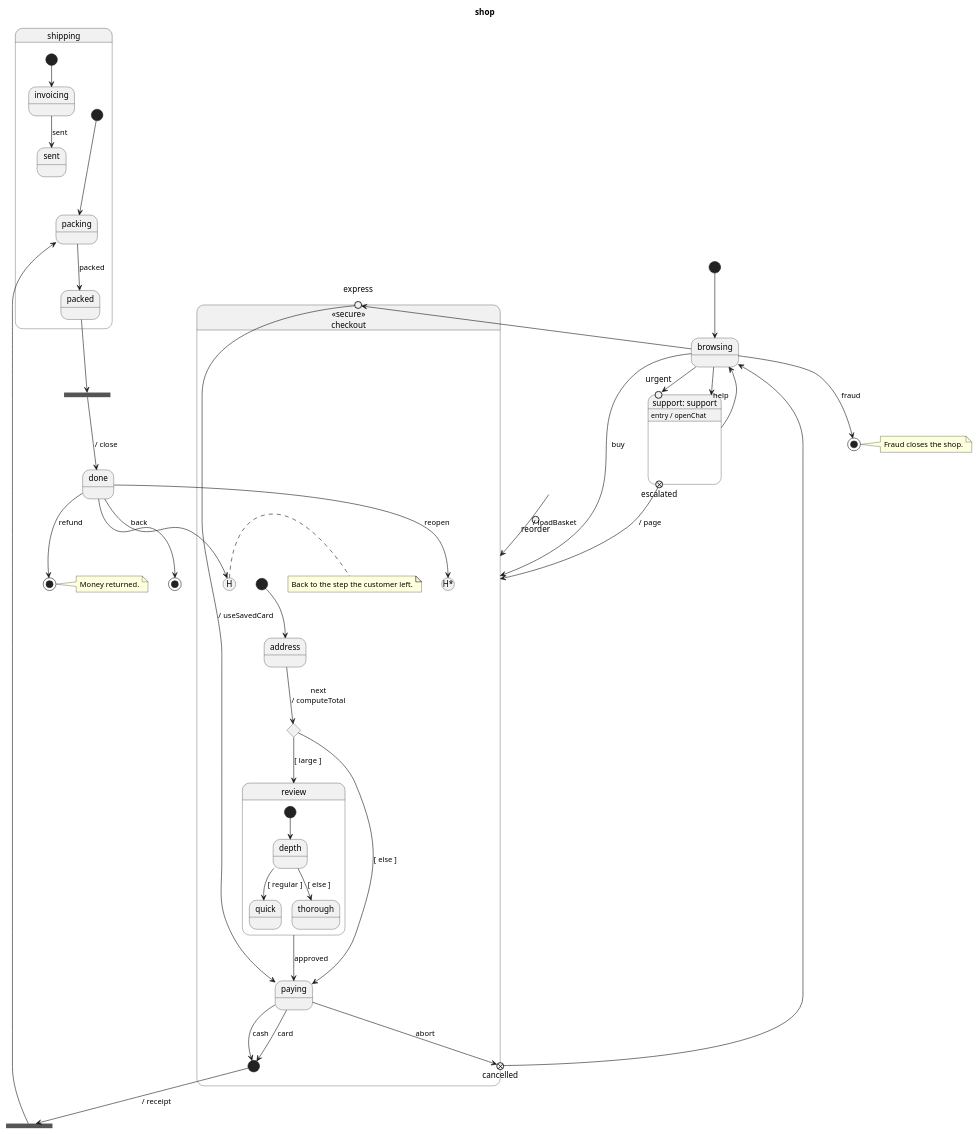
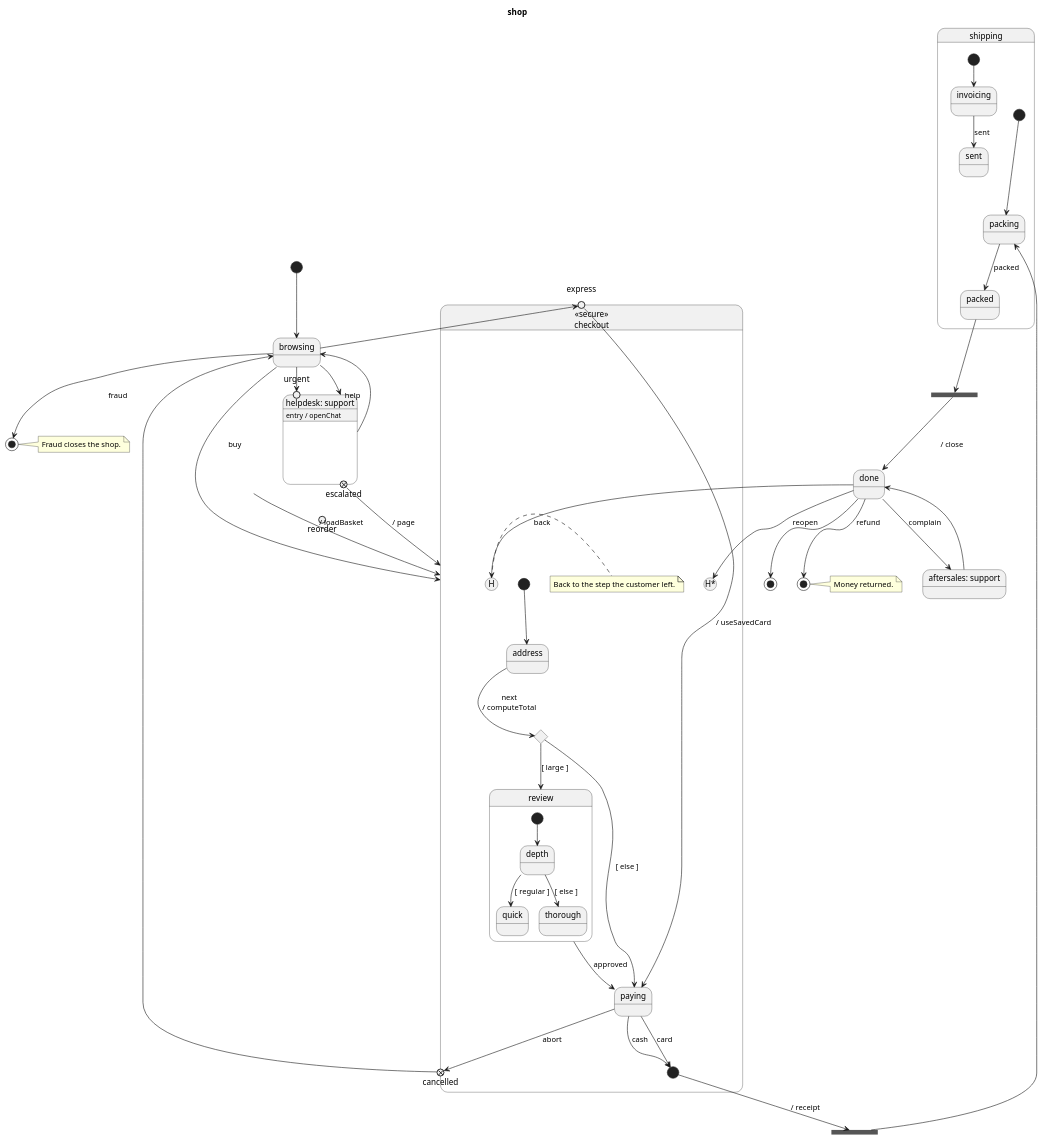
The diagram in example/shop.puml (vincedupuis/transplantUML), drawn with PlantUML before and after one commit. The commit also changed 16 other files, not shown here.

```diff
--- a/example/shop.puml
+++ b/example/shop.puml
@@ -1,75 +1,78 @@
 @startuml
 title shop
 [*] --> browsing
 state reorder <<entryPoint>>
 state browsing
-state "support: support" as support {
+state "helpdesk: support" as helpdesk {
     state urgent <<entryPoint>>
     state escalated <<exitPoint>>
 }
-support : entry / openChat
+helpdesk : entry / openChat
 state "«secure»\ncheckout" as checkout <<secure>> {
     [*] --> address
     state express <<entryPoint>>
     state cancelled <<exitPoint>>
     state "checkout.H" as checkout_H <<history>>
     note right of checkout_H : Back to the step the customer left.
     state address
     state route <<choice>>
     state review {
         [*] --> depth
         state depth <<choice>>
         state quick
         state thorough
         depth --> quick: [ regular ]
         depth --> thorough: [ else ]
     }
     state paying
     state paid <<start>>
     state "checkout.H-deep" as checkout_H_deep <<history*>>
     express --> paying: / useSavedCard
     address --> route: next\n/ computeTotal
     route --> review: [ large ]
     route --> paying: [ else ]
     review --> paying: approved
     paying --> paid: cash
     paying --> paid: card
     paying --> cancelled: abort
 }
 state split <<fork>>
 state shipping {
     [*] --> packing
     state packing
     state packed
     packing --> packed: packed
     --
     [*] --> invoicing
     state invoicing
     state sent
     invoicing --> sent: sent
 }
 state merge <<join>>
 state done
+state "aftersales: support" as aftersales
 state refunded <<end>>
 note right of refunded : Money returned.
 state terminate <<end>>
 note right of terminate : Fraud closes the shop.
 state final <<end>>
 reorder --> checkout: / loadBasket
 browsing --> checkout: buy
 browsing --> express: quickBuy
 browsing --> terminate: fraud
-browsing --> support: help
+browsing --> helpdesk: help
 browsing --> urgent: emergency
-support --> browsing
+helpdesk --> browsing
 escalated --> checkout: / page
 cancelled --> browsing
 paid --> split: / receipt
 split --> packing
 packed --> merge
 merge --> done: / close
 done --> checkout_H_deep: reopen
 done --> checkout_H: back
 done --> refunded: refund
+done --> aftersales: complain
 done --> final
+aftersales --> done
 @enduml
```
